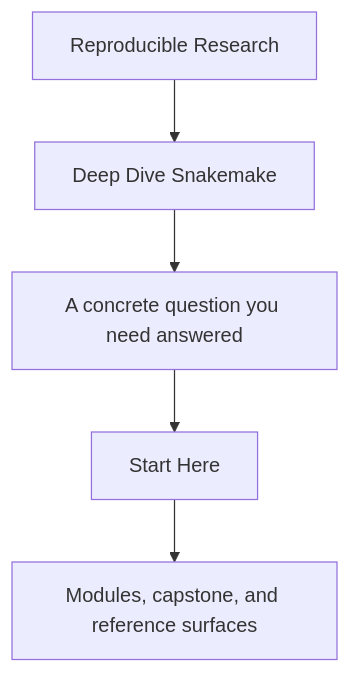
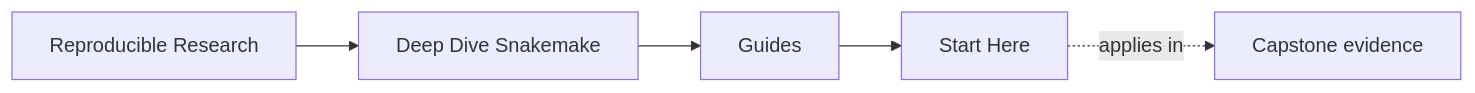
Before and after one commit to bijux/bijux-masterclass: the first of 2 diagrams in programs/reproducible-research/deep-dive-snakemake/course-book/guides/start-here.md, drawn with Mermaid. The commit also changed other lines of this file and 149 other files, not shown here.

Commit message:
docs(deep-dive-snakemake): map workflow proof and operations surfaces

````diff
--- a/programs/reproducible-research/deep-dive-snakemake/course-book/guides/start-here.md
+++ b/programs/reproducible-research/deep-dive-snakemake/course-book/guides/start-here.md
@@ -6,7 +6,11 @@
 ```mermaid
-flowchart TD
-  family["Reproducible Research"] --> program["Deep Dive Snakemake"]
-  program --> pressure["A concrete question you need answered"]
-  pressure --> guide["Start Here"]
-  guide --> next["Modules, capstone, and reference surfaces"]
+graph LR
+  family["Reproducible Research"]
+  program["Deep Dive Snakemake"]
+  section["Guides"]
+  page["Start Here"]
+  capstone["Capstone evidence"]
+
+  family --> program --> section --> page
+  page -.applies in.-> capstone
 ```
````
